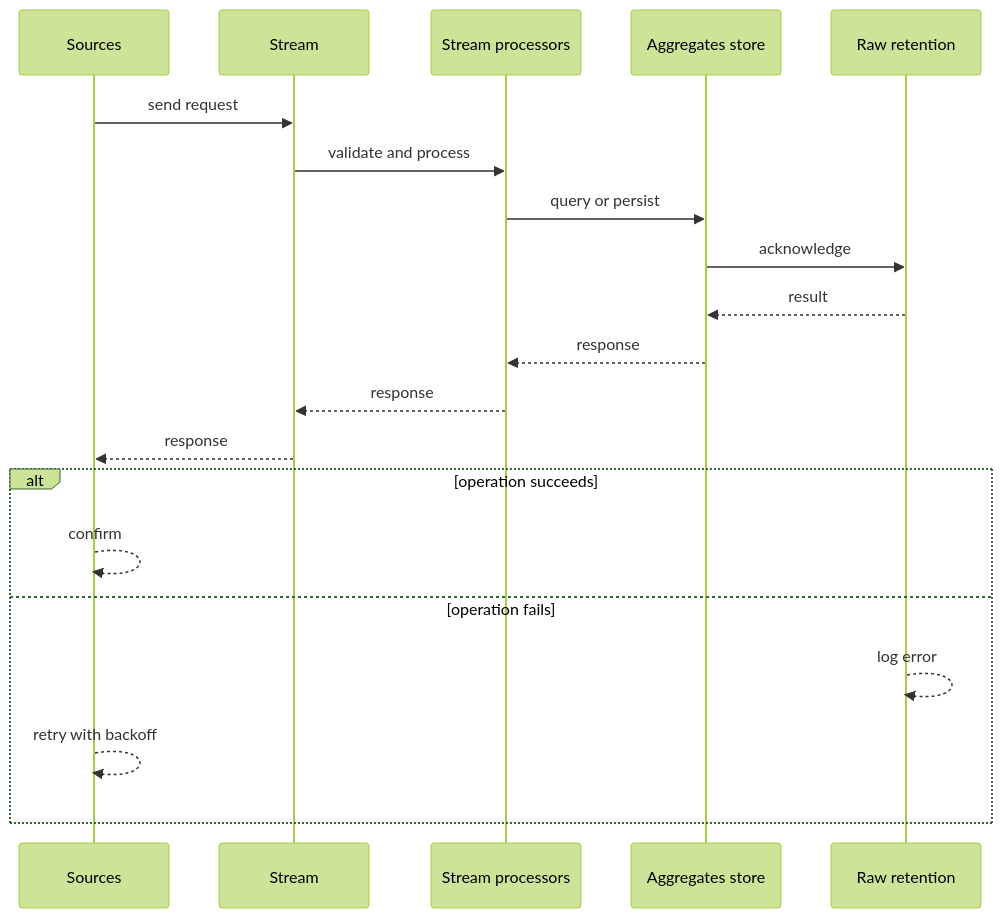
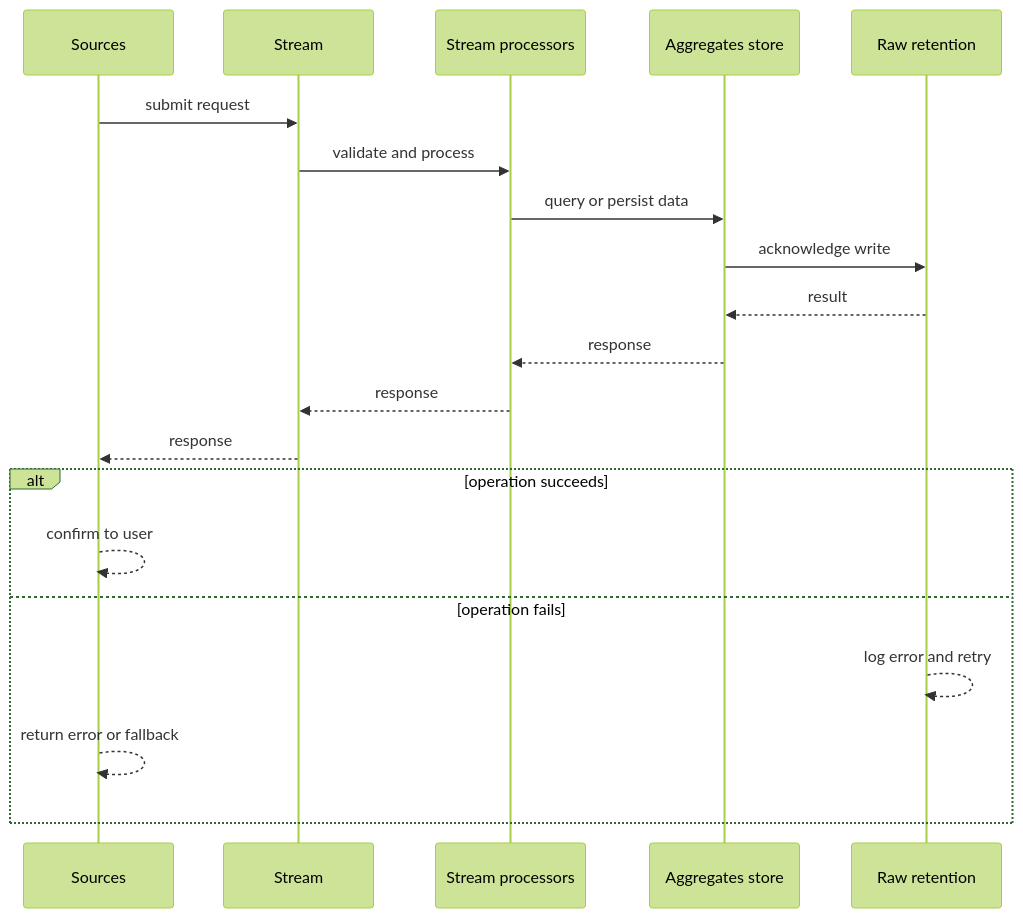
Before and after one commit to RIT-MESH/system-design-mastery: the second of 4 diagrams in case-studies/advanced/real-time-analytics.md, drawn with Mermaid (forest theme). The commit also changed other lines of this file and 127 other files, not shown here.

First line of the commit message:
Improve all case study diagrams: case-specific sequences, fix truncated labels

````diff
--- a/case-studies/advanced/real-time-analytics.md
+++ b/case-studies/advanced/real-time-analytics.md
@@ -75,23 +75,23 @@
 ```mermaid
 %% created-for: system-design-mastery
 sequenceDiagram
-  participant C0 as Sources
-  participant C1 as Stream
-  participant C2 as Stream processors
-  participant C3 as Aggregates store
-  participant C4 as Raw retention
-  C0 ->> C1: send request
-  C1 ->> C2: validate and process
-  C2 ->> C3: query or persist
-  C3 ->> C4: acknowledge
-  C4 -->> C3: result
-  C3 -->> C2: response
-  C2 -->> C1: response
-  C1 -->> C0: response
+  participant P0 as Sources
+  participant P1 as Stream
+  participant P2 as Stream processors
+  participant P3 as Aggregates store
+  participant P4 as Raw retention
+  P0 ->> P1: submit request
+  P1 ->> P2: validate and process
+  P2 ->> P3: query or persist data
+  P3 ->> P4: acknowledge write
+  P4 -->> P3: result
+  P3 -->> P2: response
+  P2 -->> P1: response
+  P1 -->> P0: response
   alt operation succeeds
-    C0 -->> C0: confirm
+    P0 -->> P0: confirm to user
   else operation fails
-    C4 -->> C4: log error
-    C0 -->> C0: retry with backoff
+    P4 -->> P4: log error and retry
+    P0 -->> P0: return error or fallback
   end
 ```
````
